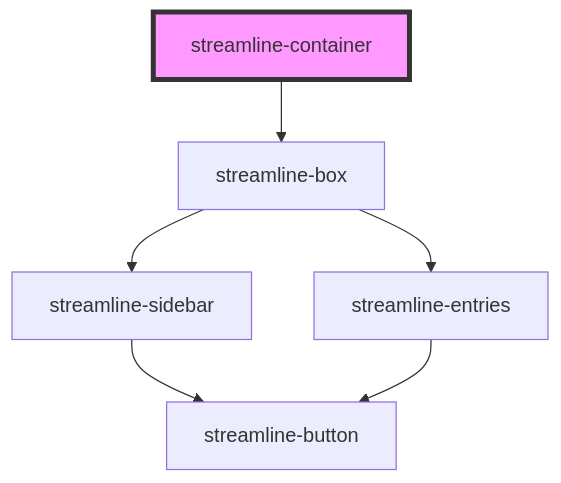
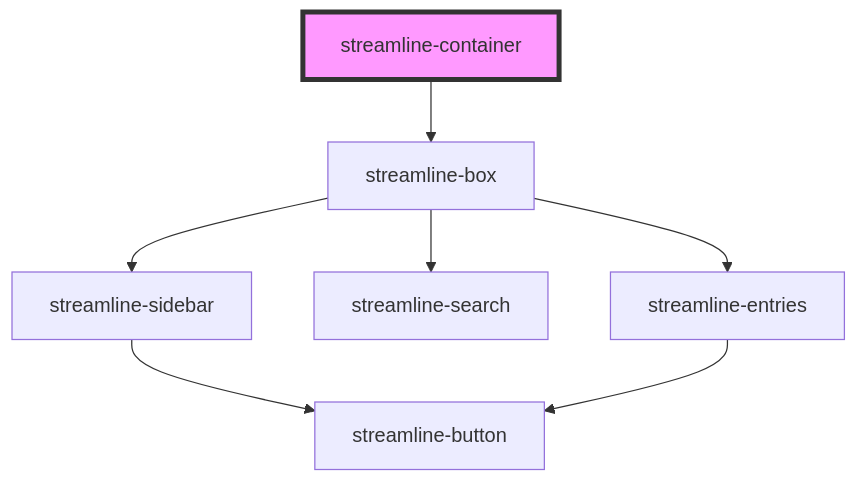
One commit to dnnsjsk/streamline changed the diagram in stencil/src/components/streamline-container/readme.md. Above: the diagram before and after it, drawn with Mermaid. The commit also changed 10 other files, not shown here.

````diff
--- a/stencil/src/components/streamline-container/readme.md
+++ b/stencil/src/components/streamline-container/readme.md
@@ -15,9 +15,10 @@
 ```mermaid
 graph TD;
   streamline-container --> streamline-box
   streamline-box --> streamline-sidebar
+  streamline-box --> streamline-search
   streamline-box --> streamline-entries
   streamline-sidebar --> streamline-button
   streamline-entries --> streamline-button
   style streamline-container fill:#f9f,stroke:#333,stroke-width:4px
 ```
````
